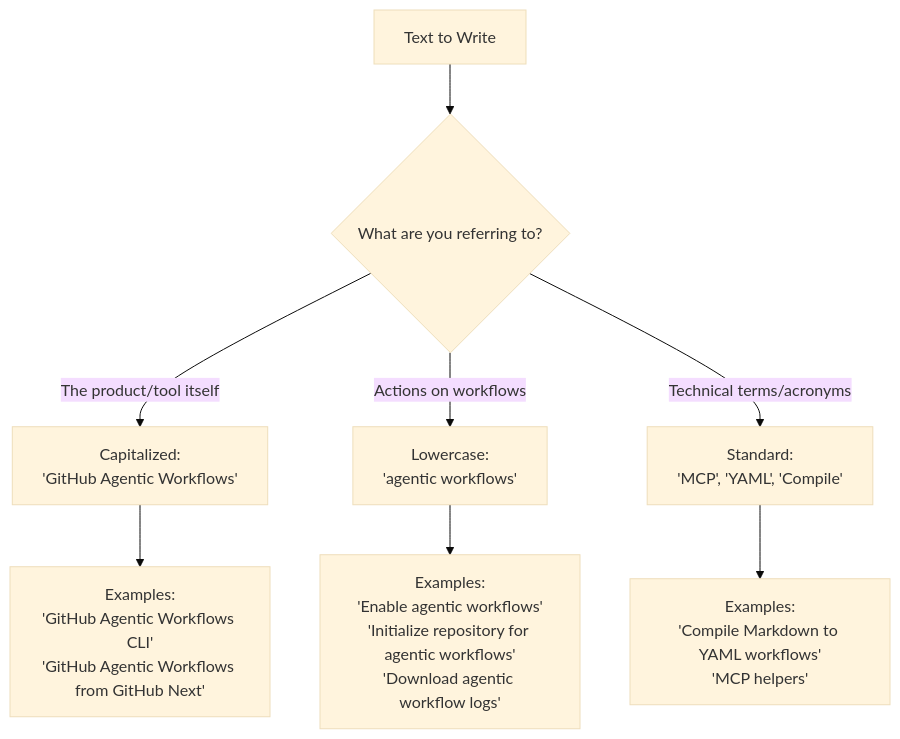
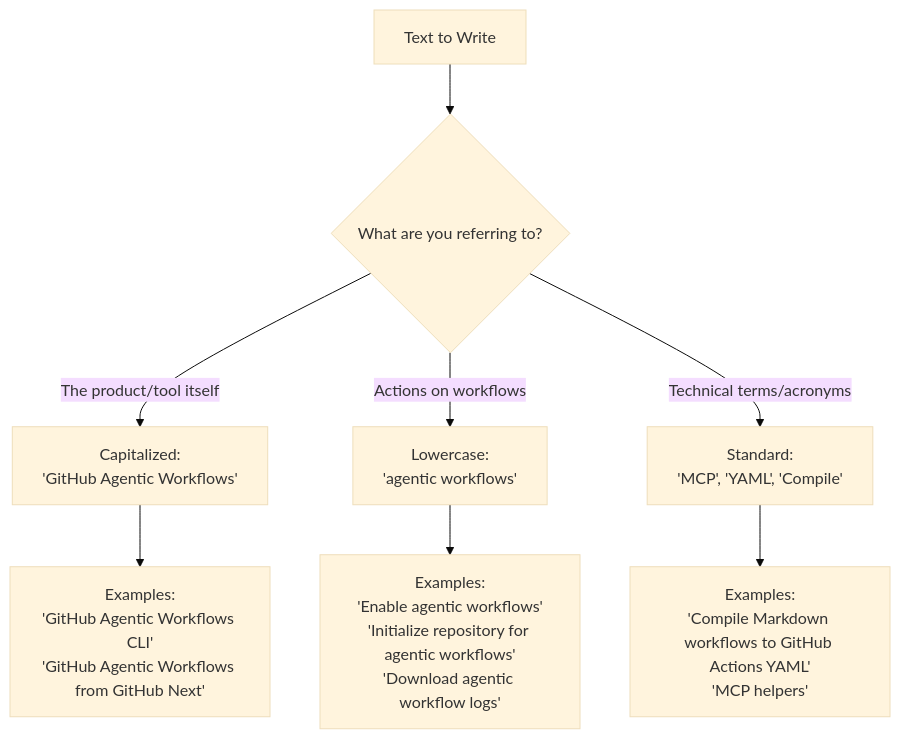
The diagram in specs/capitalization.md (githubnext/gh-aw), drawn with Mermaid (base theme) before and after one commit. The commit also changed other lines of this file and 6 other files, not shown here.

````diff
--- a/specs/capitalization.md
+++ b/specs/capitalization.md
@@ -59,11 +59,11 @@
 ```mermaid
 graph TD
     A[Text to Write] --> B{What are you referring to?}
     B -->|The product/tool itself| C[Capitalized:<br/>'GitHub Agentic Workflows']
     B -->|Actions on workflows| D[Lowercase:<br/>'agentic workflows']
     B -->|Technical terms/acronyms| E[Standard:<br/>'MCP', 'YAML', 'Compile']
 
     C --> F[Examples:<br/>'GitHub Agentic Workflows CLI'<br/>'GitHub Agentic Workflows from GitHub Next']
     D --> G[Examples:<br/>'Enable agentic workflows'<br/>'Initialize repository for agentic workflows'<br/>'Download agentic workflow logs']
-    E --> H[Examples:<br/>'Compile Markdown to YAML workflows'<br/>'MCP helpers']
+    E --> H[Examples:<br/>'Compile Markdown workflows to GitHub Actions YAML'<br/>'MCP helpers']
 ```
````
